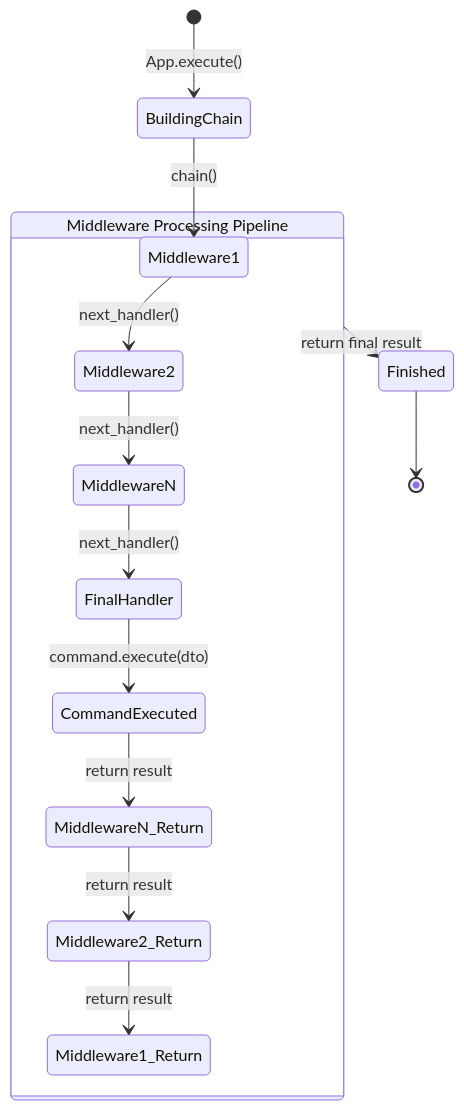
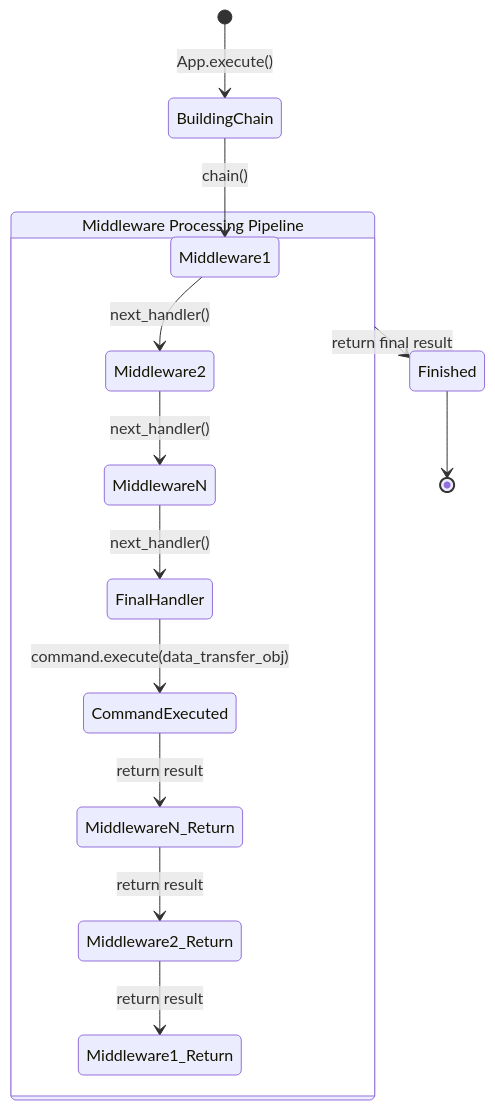
The seventh of 7 diagrams in docs/architecture.md (anhembedded/Sagittarius-Engine), drawn with Mermaid before and after one commit. The commit also changed other lines of this file and 6 other files, not shown here.

Commit message:
refactor: Replace 'dto' with 'data_transfer_obj' for consistency across the codebase

````diff
--- a/docs/architecture.md
+++ b/docs/architecture.md
@@ -438,21 +438,21 @@
 ```mermaid
 stateDiagram-v2
     [*] --> BuildingChain: App.execute()
 
     BuildingChain --> Middleware1: chain()
 
     state "Middleware Processing Pipeline" as Pipeline {
         Middleware1 --> Middleware2: next_handler()
         Middleware2 --> MiddlewareN: next_handler()
         MiddlewareN --> FinalHandler: next_handler()
 
-        FinalHandler --> CommandExecuted: command.execute(dto)
+        FinalHandler --> CommandExecuted: command.execute(data_transfer_obj)
 
         CommandExecuted --> MiddlewareN_Return: return result
         MiddlewareN_Return --> Middleware2_Return: return result
         Middleware2_Return --> Middleware1_Return: return result
     }
 
     Pipeline --> Finished: return final result
     Finished --> [*]
 ```
````
